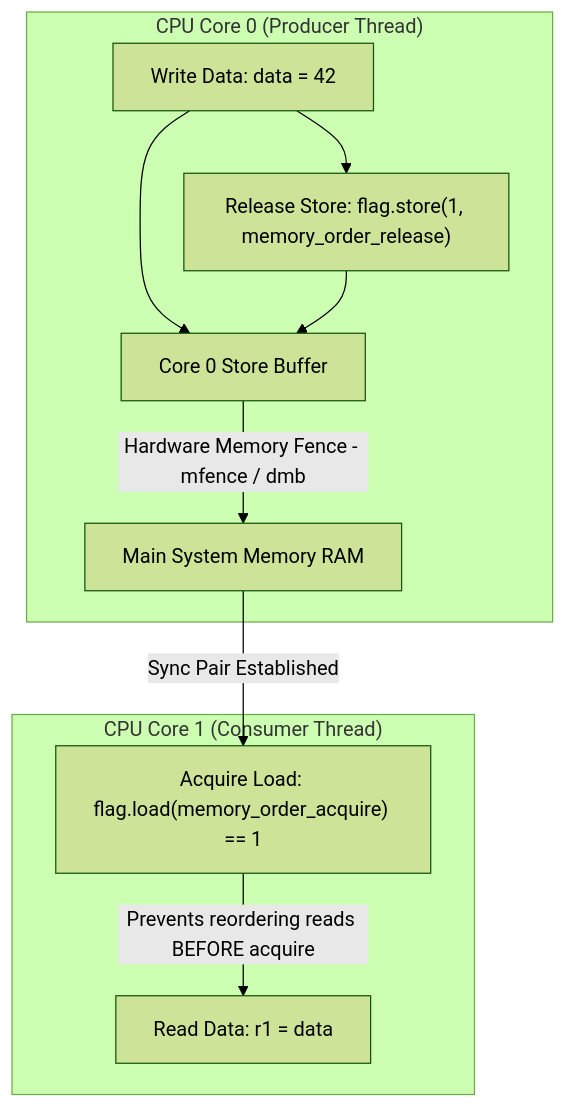
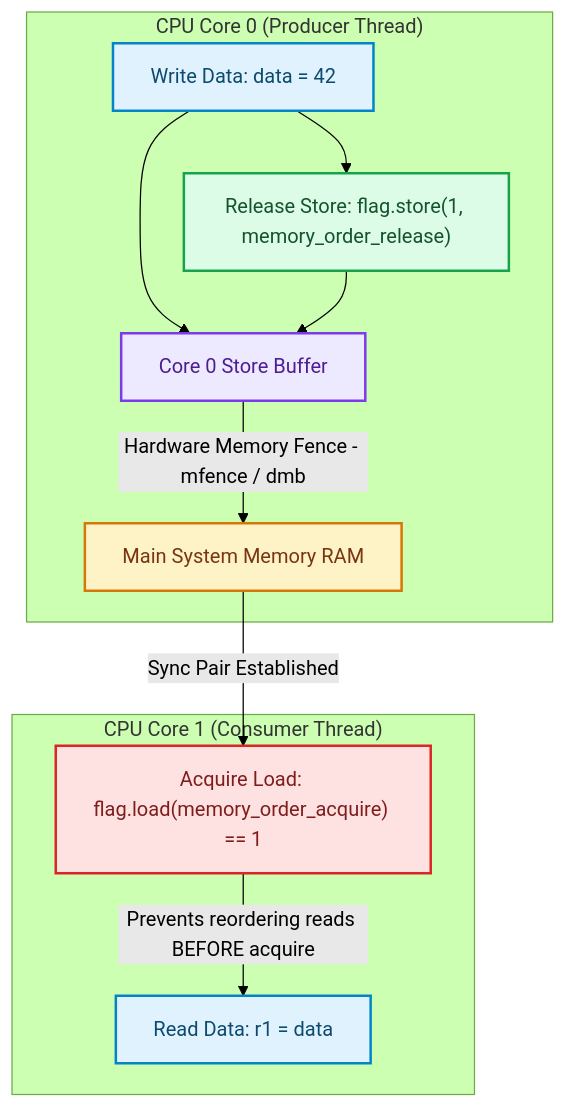
The diagram in blog/posts/memory-consistency-models-tso-acquire-release-barriers.md (akmalkhaniub/akmalkhaniub.github.io), drawn with Mermaid (forest theme) before and after one commit. The commit also changed other lines of this file and 1291 other files, not shown here.

First line of the commit message:
feat(catalog): unique covers, scholarly references, and diagram palettes

````diff
--- a/blog/posts/memory-consistency-models-tso-acquire-release-barriers.md
+++ b/blog/posts/memory-consistency-models-tso-acquire-release-barriers.md
@@ -19,13 +19,24 @@
 ```mermaid
 flowchart TD
   subgraph SG1_CpuCore0 ["CPU Core 0 (Producer Thread)"]
-    W1[Write Data: data = 42] --> W2["Release Store: flag.store(1, memory_order_release)"]
-    W1 & W2 --> SB0[Core 0 Store Buffer]
-    SB0 -->|Hardware Memory Fence - mfence / dmb| RAM[Main System Memory RAM]
+    W1["Write Data: data = 42"] --> W2["Release Store: flag.store(1, memory_order_release)"]
+    W1 & W2 --> SB0["Core 0 Store Buffer"]
+    SB0 -->|Hardware Memory Fence - mfence / dmb| RAM["Main System Memory RAM"]
   end
   
   subgraph SG2_CpuCore1 ["CPU Core 1 (Consumer Thread)"]
     RAM -->|Sync Pair Established| R1["Acquire Load: flag.load(memory_order_acquire) == 1"]
-    R1 -->|Prevents reordering reads BEFORE acquire| R2[Read Data: r1 = data]
+    R1 -->|Prevents reordering reads BEFORE acquire| R2["Read Data: r1 = data"]
   end
+
+classDef green fill:#dcfce7,stroke:#16a34a,stroke-width:2px,color:#14532d;
+classDef red fill:#fee2e2,stroke:#dc2626,stroke-width:2px,color:#7f1d1d;
+classDef blue fill:#e0f2fe,stroke:#0284c7,stroke-width:2px,color:#0c4a6e;
+classDef yellow fill:#fef3c7,stroke:#d97706,stroke-width:2px,color:#78350f;
+classDef purple fill:#ede9fe,stroke:#7c3aed,stroke-width:2px,color:#4c1d95;
+class W1,R2 blue
+class W2 green
+class SB0 purple
+class RAM yellow
+class R1 red
 ```
````
